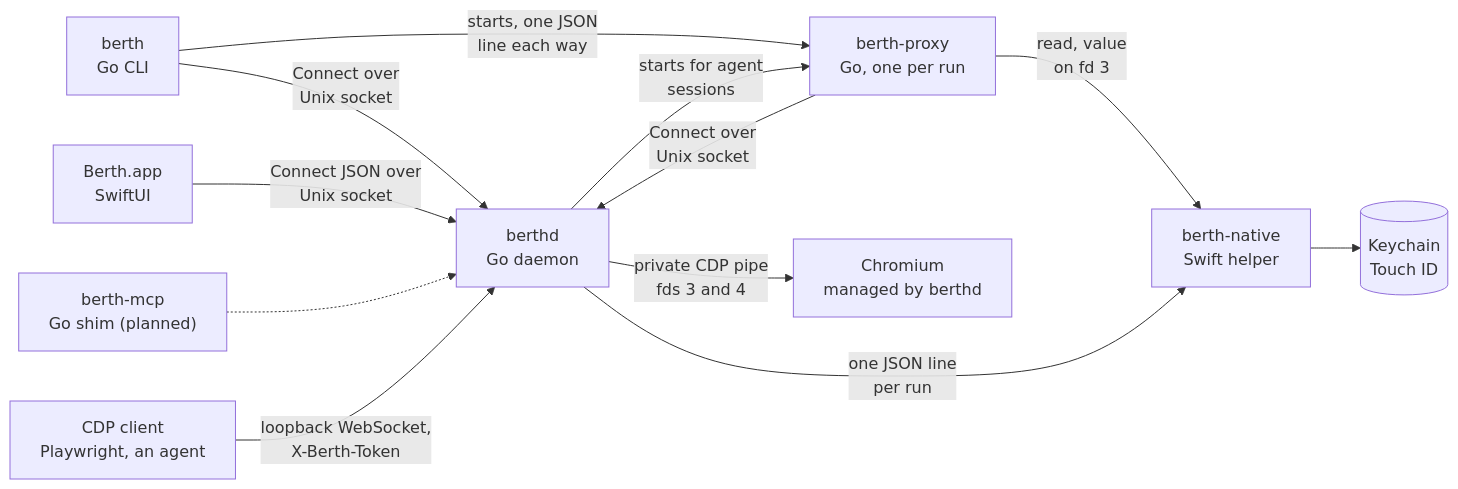
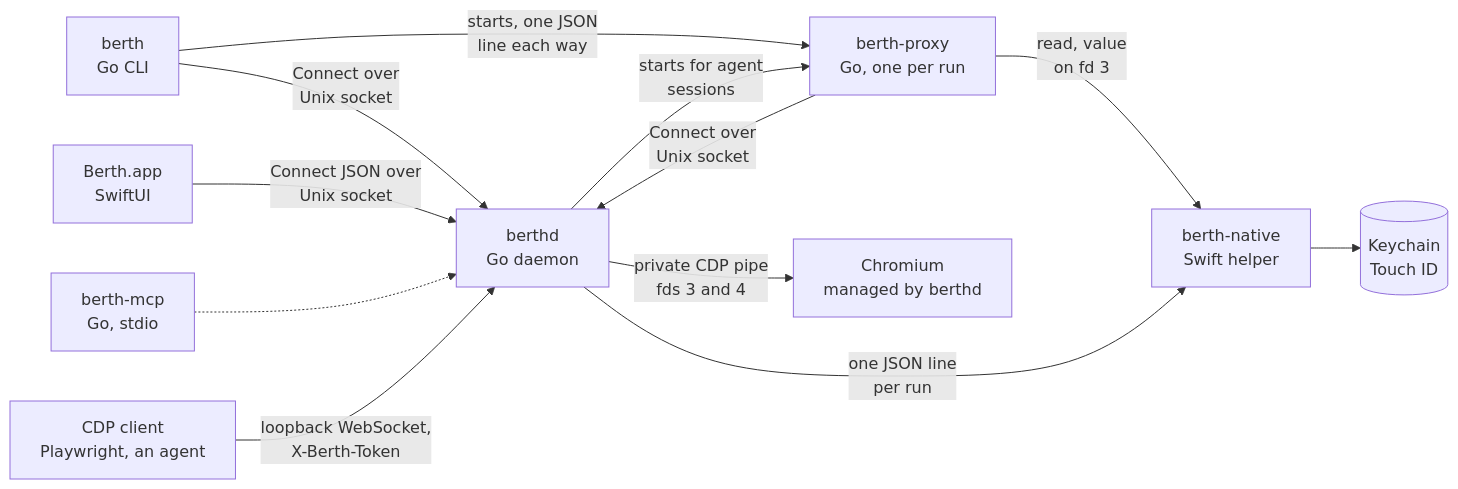
One commit to WesleyBLDC/berth changed the first of 13 diagrams in ARCHITECTURE.md. Above: the diagram before and after it, drawn with Mermaid. The commit also changed other lines of this file and 7 other files, not shown here.

Commit message:
Record agent browsers and berth-mcp as built in the architecture, the M4 plan and the agent docs

````diff
--- a/ARCHITECTURE.md
+++ b/ARCHITECTURE.md
@@ -19,23 +19,23 @@
 ```mermaid
 flowchart LR
   CLI["berth<br/>Go CLI"]
   APP["Berth.app<br/>SwiftUI"]
-  MCP["berth-mcp<br/>Go shim (planned)"]
+  MCP["berth-mcp<br/>Go, stdio"]
   D["berthd<br/>Go daemon"]
   P["berth-proxy<br/>Go, one per run"]
   N["berth-native<br/>Swift helper"]
   K[("Keychain<br/>Touch ID")]
   CH["Chromium<br/>managed by berthd"]
   AG["CDP client<br/>Playwright, an agent"]
   CLI -->|Connect over<br/>Unix socket| D
   CLI -->|starts, one JSON<br/>line each way| P
   D -->|starts for agent<br/>sessions| P
   P -->|Connect over<br/>Unix socket| D
   P -->|read, value<br/>on fd 3| N
   APP -->|Connect JSON over<br/>Unix socket| D
   MCP -.-> D
   D -->|one JSON line<br/>per run| N
   N --> K
   D -->|private CDP pipe<br/>fds 3 and 4| CH
   AG -->|loopback WebSocket,<br/>X-Berth-Token| D
 ```
````
